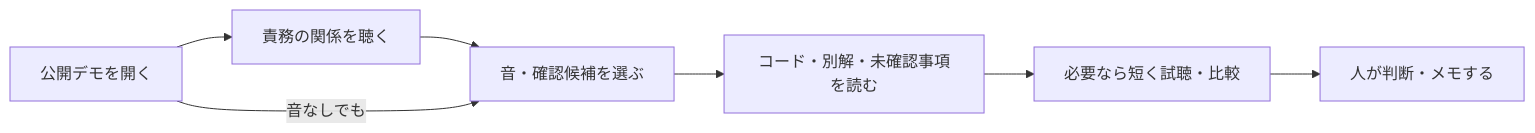
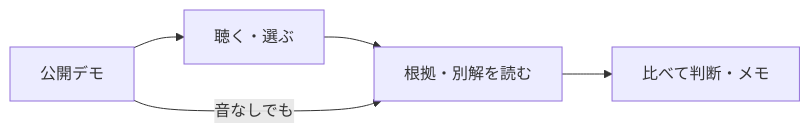
The second of 2 diagrams in README.md (kdoai/code-groove), drawn with Mermaid before and after one commit. The commit also changed other lines of this file, not shown here.

Commit message:
docs: keep README diagrams readable at document width

````diff
--- a/README.md
+++ b/README.md
@@ -139,9 +134,7 @@
 ```mermaid
 flowchart LR
-  Demo[公開デモを開く] --> Listen[責務の関係を聴く]
-  Listen --> Select[音・確認候補を選ぶ]
-  Demo -->|音なしでも| Select
-  Select --> Read[コード・別解・未確認事項を読む]
-  Read --> Compare[必要なら短く試聴・比較]
-  Compare --> Decide[人が判断・メモする]
+  Demo[公開デモ] --> Select[聴く・選ぶ]
+  Select --> Read[根拠・別解を読む]
+  Demo -->|音なしでも| Read
+  Read --> Decide[比べて判断・メモ]
 ```
````
